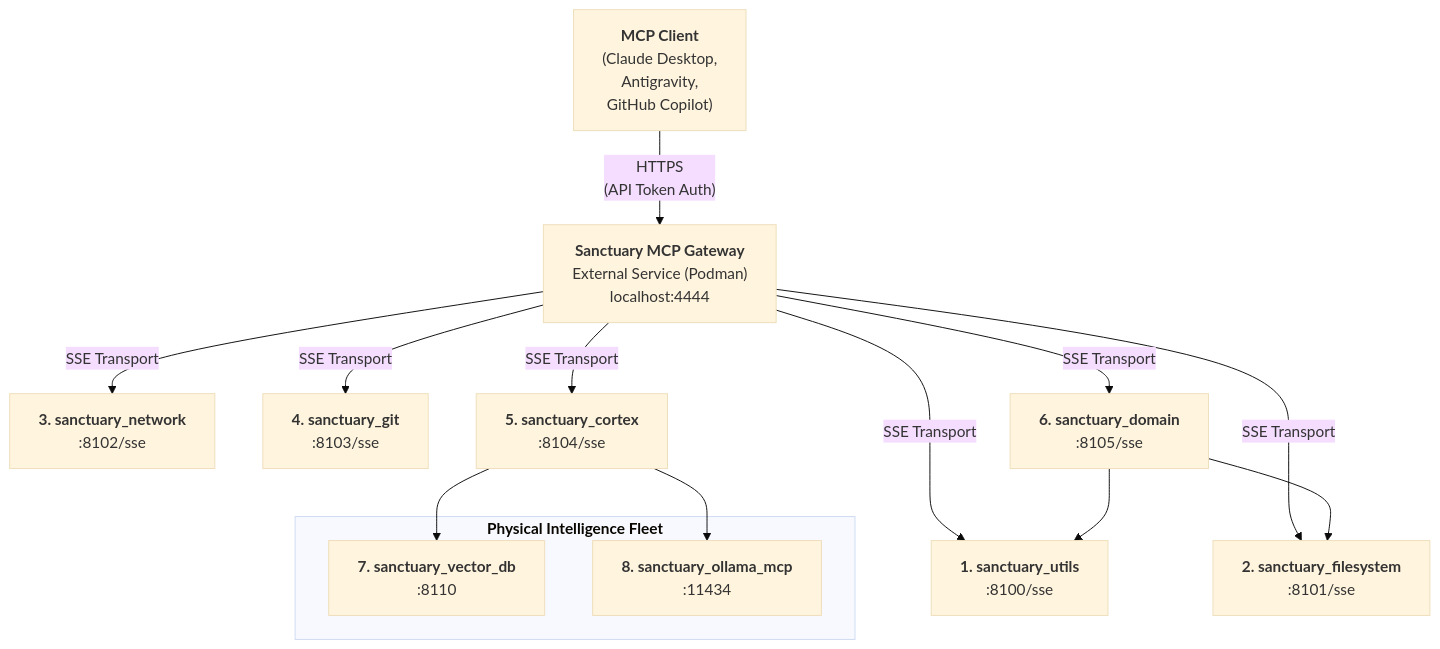
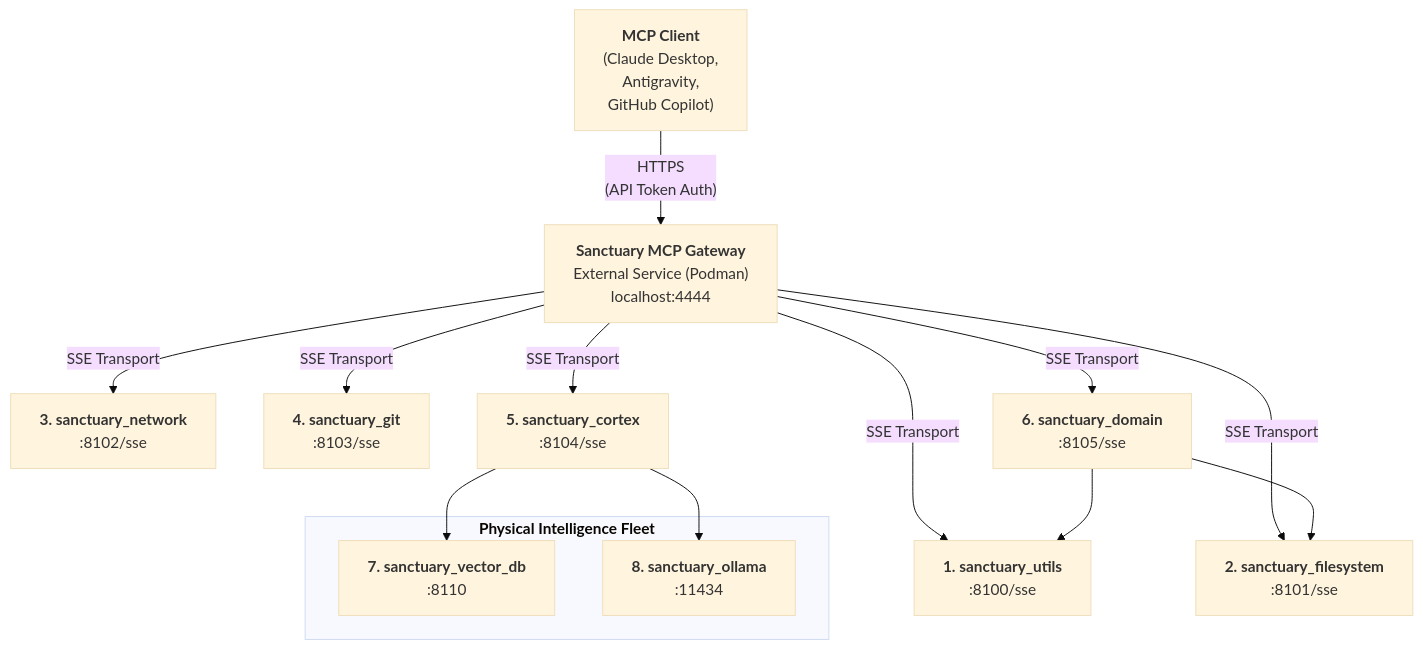
The diagram in docs/mcp_servers/gateway/README.md (richfrem/Project_Sanctuary), drawn with Mermaid before and after one commit. The commit also changed other lines of this file and 355 other files, not shown here.

````diff
--- a/docs/mcp_servers/gateway/README.md
+++ b/docs/mcp_servers/gateway/README.md
@@ -107,26 +107,26 @@
 ```mermaid
 ---
 config:
   theme: base
   layout: dagre
 ---
 flowchart TB
     Client["<b>MCP Client</b><br>(Claude Desktop,<br>Antigravity,<br>GitHub Copilot)"] -- HTTPS<br>(API Token Auth) --> Gateway["<b>Sanctuary MCP Gateway</b><br>External Service (Podman)<br>localhost:4444"]
     
     Gateway -- SSE Transport --> Utils["<b>1. sanctuary_utils</b><br>:8100/sse"]
     Gateway -- SSE Transport --> Filesystem["<b>2. sanctuary_filesystem</b><br>:8101/sse"]
     Gateway -- SSE Transport --> Network["<b>3. sanctuary_network</b><br>:8102/sse"]
     Gateway -- SSE Transport --> Git["<b>4. sanctuary_git</b><br>:8103/sse"]
     Gateway -- SSE Transport --> Domain["<b>6. sanctuary_domain</b><br>:8105/sse"]
     Gateway -- SSE Transport --> Cortex["<b>5. sanctuary_cortex</b><br>:8104/sse"]
     
     subgraph Backends["<b>Physical Intelligence Fleet</b>"]
         VectorDB["<b>7. sanctuary_vector_db</b><br>:8110"]
-        Ollama["<b>8. sanctuary_ollama_mcp</b><br>:11434"]
+        Ollama["<b>8. sanctuary_ollama</b><br>:11434"]
     end
 
     Cortex --> VectorDB
     Cortex --> Ollama
     Domain --> Utils
     Domain --> Filesystem
 ```
````
